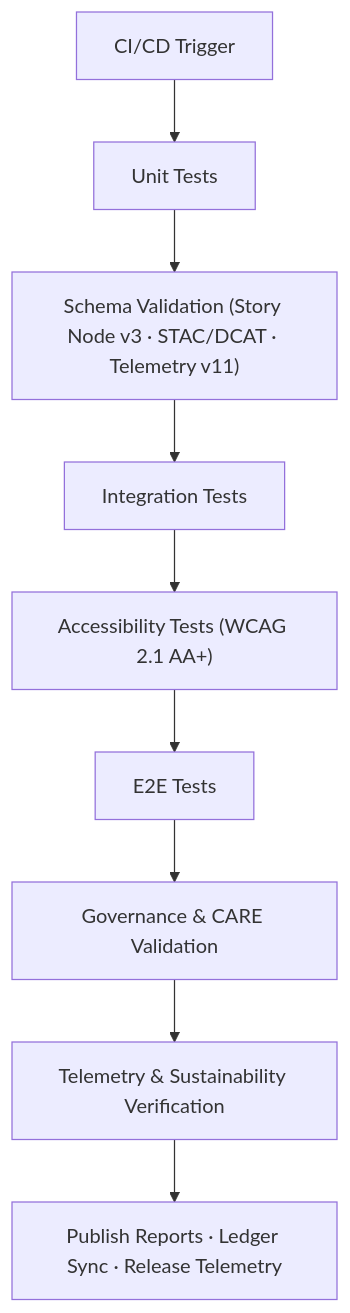
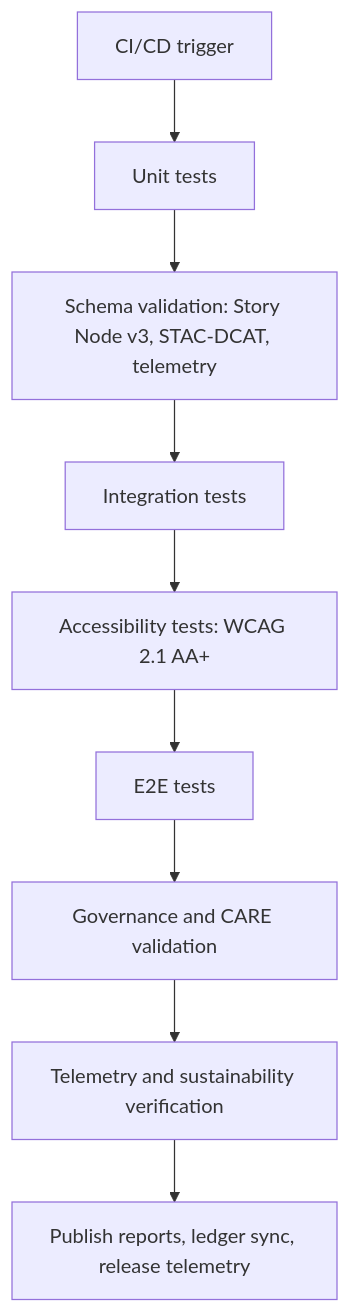
The diagram in tests/README.md (bartytime4life/Kansas-Frontier-Matrix), drawn with Mermaid before and after one commit. The commit also changed other lines of this file, not shown here.

````diff
--- a/tests/README.md
+++ b/tests/README.md
@@ -124,12 +207,11 @@
-```mermaid
+~~~mermaid
 flowchart TD
-    A["CI/CD Trigger"] 
-      --> B["Unit Tests"]
-      --> C["Schema Validation (Story Node v3 · STAC/DCAT · Telemetry v11)"]
-      --> D["Integration Tests"]
-      --> E["Accessibility Tests (WCAG 2.1 AA+)"]
-      --> F["E2E Tests"]
-      --> G["Governance & CARE Validation"]
-      --> H["Telemetry & Sustainability Verification"]
-      --> I["Publish Reports · Ledger Sync · Release Telemetry"]
-```
+  A["CI/CD trigger"] --> B["Unit tests"]
+  B --> C["Schema validation: Story Node v3, STAC-DCAT, telemetry"]
+  C --> D["Integration tests"]
+  D --> E["Accessibility tests: WCAG 2.1 AA+"]
+  E --> F["E2E tests"]
+  F --> G["Governance and CARE validation"]
+  G --> H["Telemetry and sustainability verification"]
+  H --> I["Publish reports, ledger sync, release telemetry"]
+~~~
````
